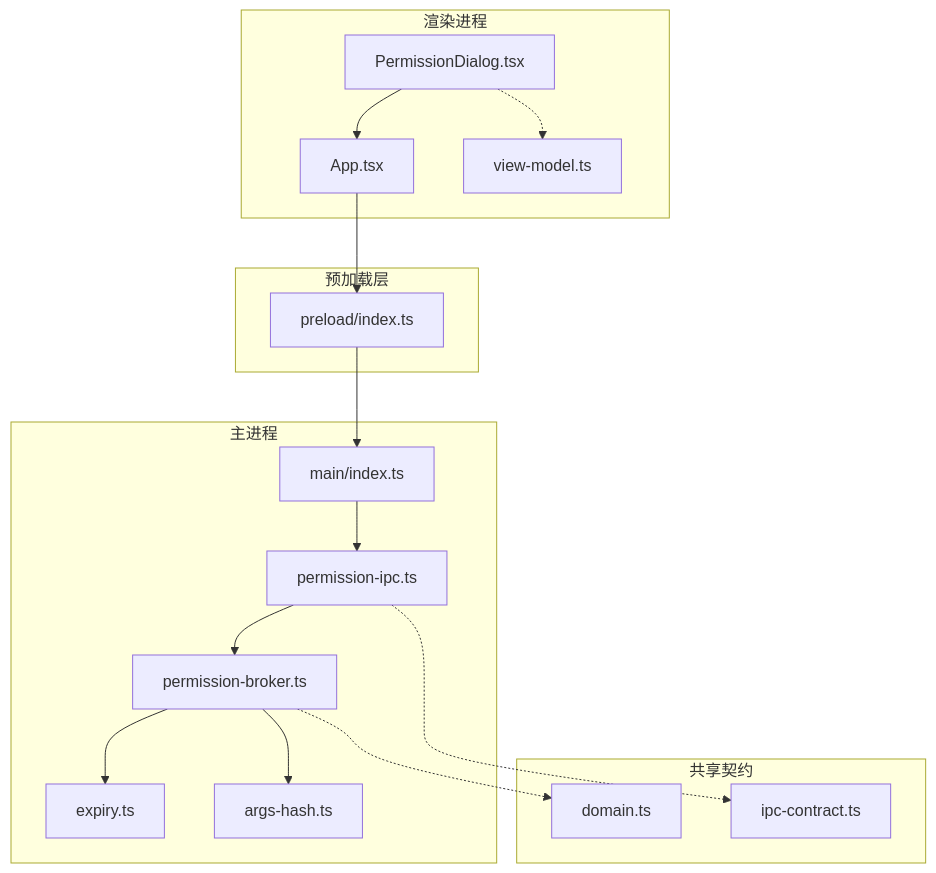
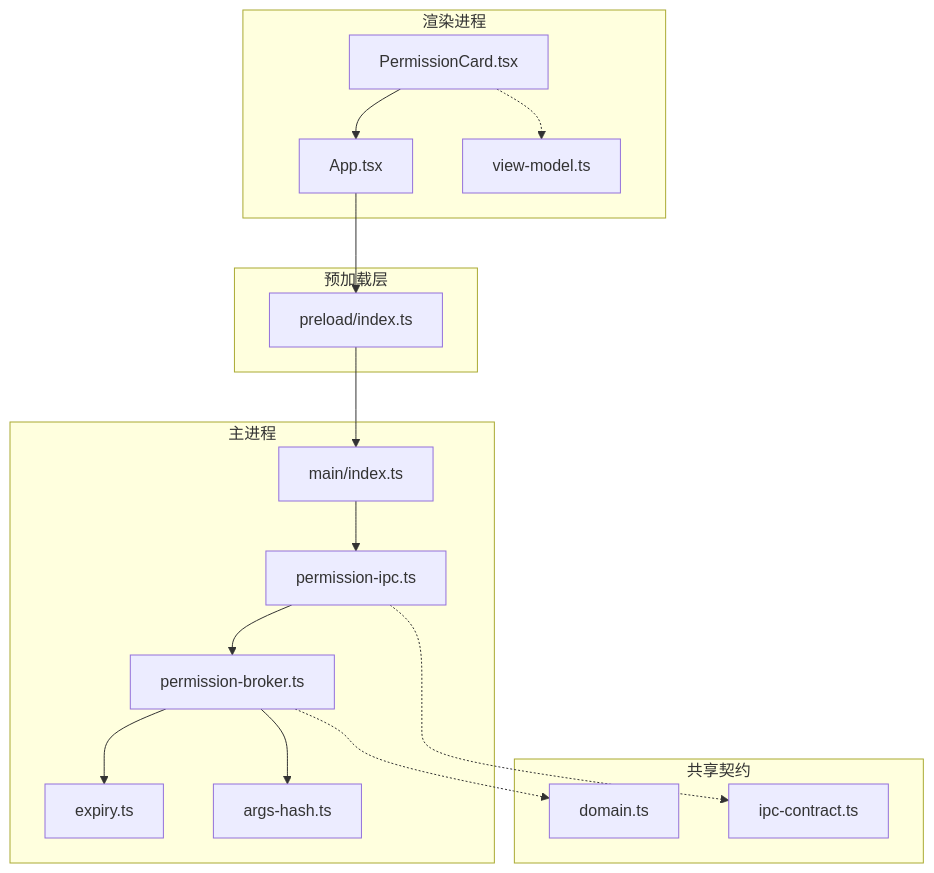
One commit to Azusa010/personal-agent changed the first of 4 diagrams in .repowiki/zh/content/用户界面/权限对话框.md. Above: the diagram before and after it, drawn with Mermaid. The commit also changed other lines of this file and 88 other files, not shown here.

````diff
--- a/.repowiki/zh/content/用户界面/权限对话框.md
+++ b/.repowiki/zh/content/用户界面/权限对话框.md
@@ -41,32 +41,32 @@
 ```mermaid
 graph TB
 subgraph "渲染进程"
-A["PermissionDialog.tsx"]
+A["PermissionCard.tsx"]
 B["App.tsx"]
 C["view-model.ts"]
 end
 subgraph "预加载层"
 P["preload/index.ts"]
 end
 subgraph "主进程"
 M["main/index.ts"]
 I["permission-ipc.ts"]
 K["permission-broker.ts"]
 E["expiry.ts"]
 H["args-hash.ts"]
 end
 subgraph "共享契约"
 D["domain.ts"]
 J["ipc-contract.ts"]
 end
 A --> B
 B --> P
 P --> M
 M --> I
 I --> K
 K --> E
 K --> H
 A -.-> C
 K -.-> D
 I -.-> J
 ```
````
